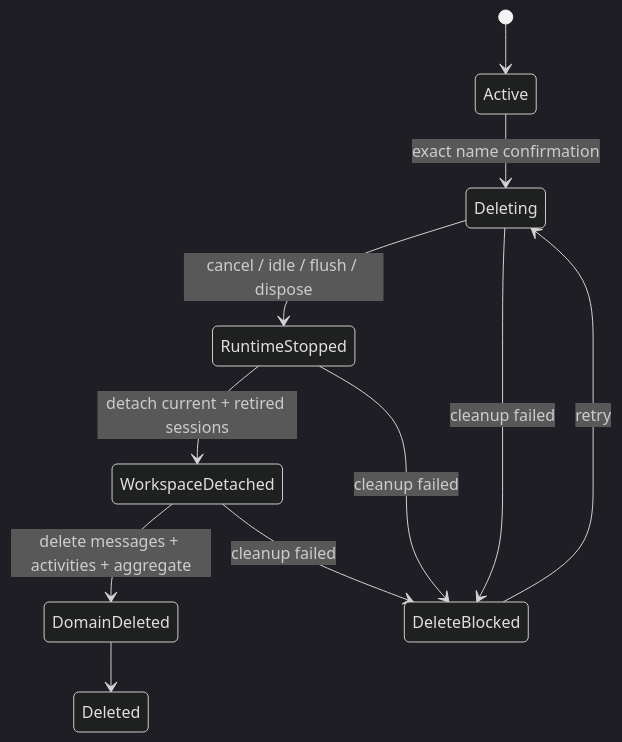
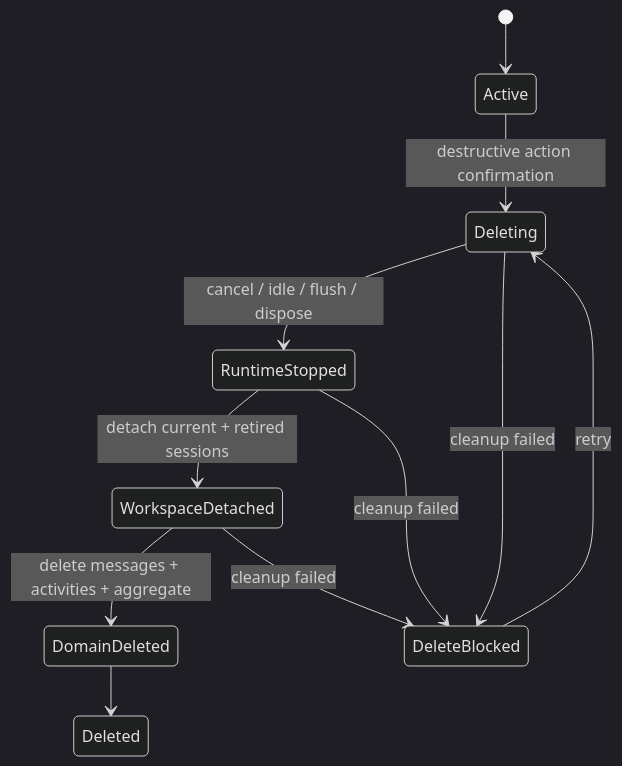
One commit to Leonard-Data/agent-team changed the diagram in docs/02-domain-model-and-persistence.md. Above: the diagram before and after it, drawn with Mermaid (dark theme). The commit also changed other lines of this file and 31 other files, not shown here.

````diff
--- a/docs/02-domain-model-and-persistence.md
+++ b/docs/02-domain-model-and-persistence.md
@@ -221,13 +216,13 @@
 ```mermaid
 stateDiagram-v2
     [*] --> Active
-    Active --> Deleting: exact name confirmation
+    Active --> Deleting: destructive action confirmation
     Deleting --> RuntimeStopped: cancel / idle / flush / dispose
     RuntimeStopped --> WorkspaceDetached: detach current + retired sessions
     WorkspaceDetached --> DomainDeleted: delete messages + activities + aggregate
     DomainDeleted --> Deleted
     Deleting --> DeleteBlocked: cleanup failed
     RuntimeStopped --> DeleteBlocked: cleanup failed
     WorkspaceDetached --> DeleteBlocked: cleanup failed
     DeleteBlocked --> Deleting: retry
 ```
````
